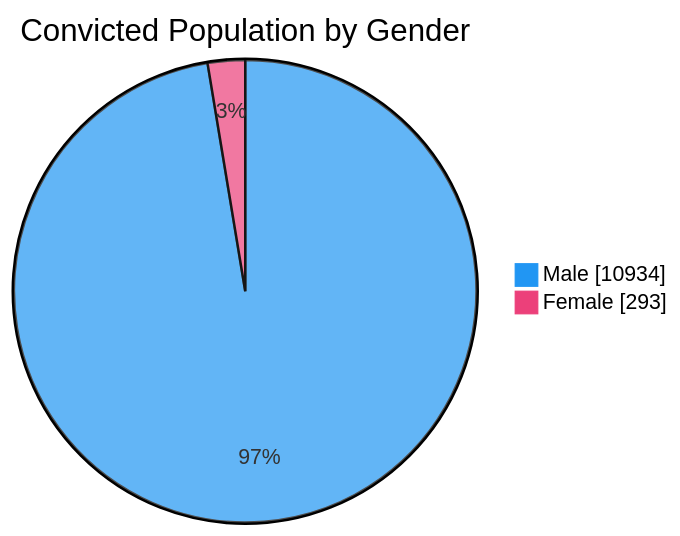
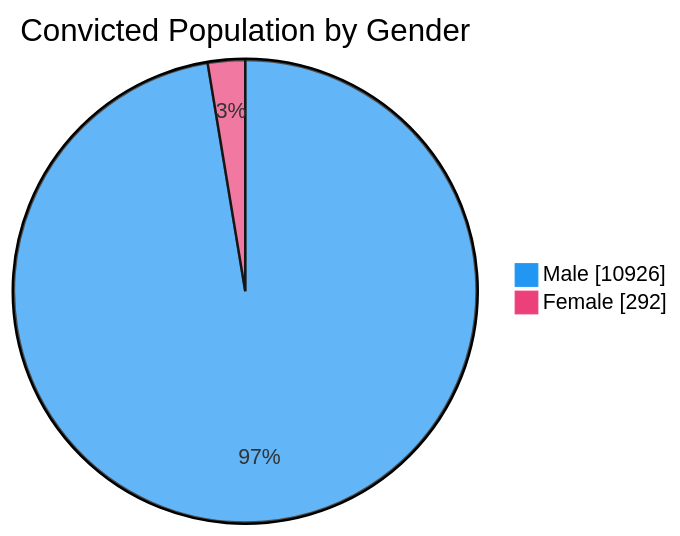
Before and after one commit to nuuuwan/lk_prisons: the third of 7 diagrams in README.md, drawn with Mermaid. The commit also changed other lines of this file and 1 other file, not shown here.

````diff
--- a/README.md
+++ b/README.md
@@ -65,6 +65,6 @@
 ```mermaid
 %%{init: {'themeVariables': {'pie1': '#2196F3', 'pie2': '#EC407A'}}}%%
 pie showData title Convicted Population by Gender
-    "Male" : 10934
-    "Female" : 293
+    "Male" : 10926
+    "Female" : 292
 ```
````
